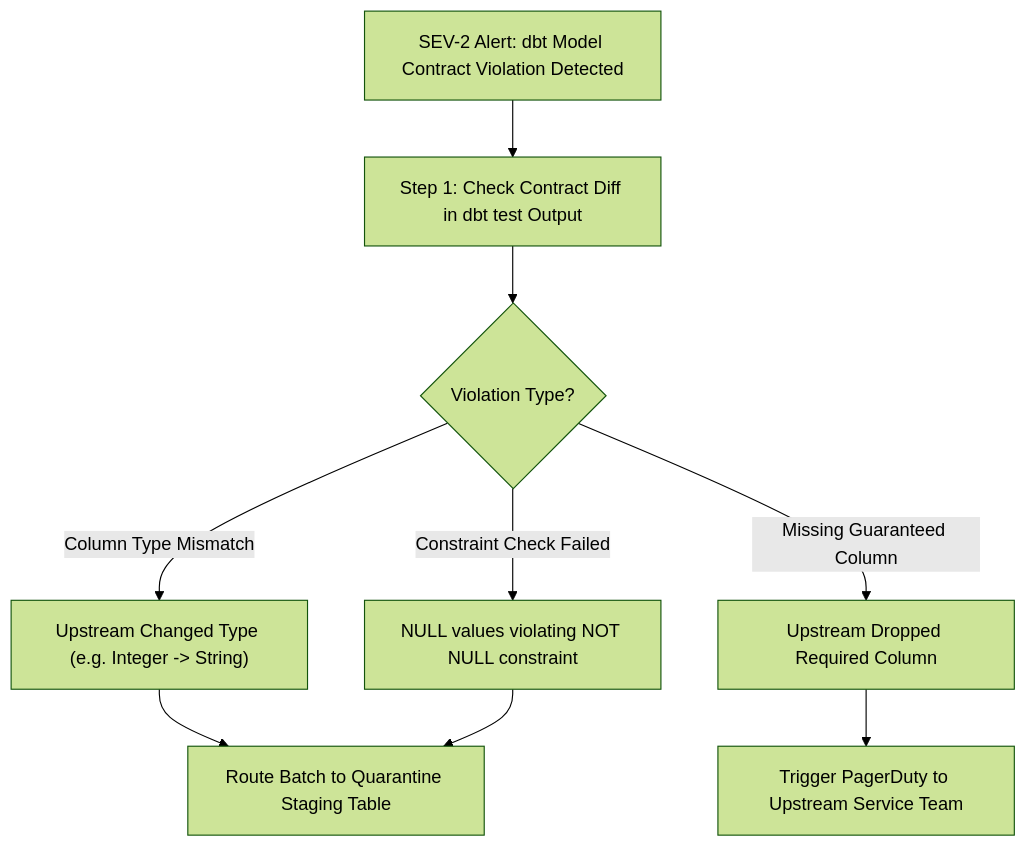
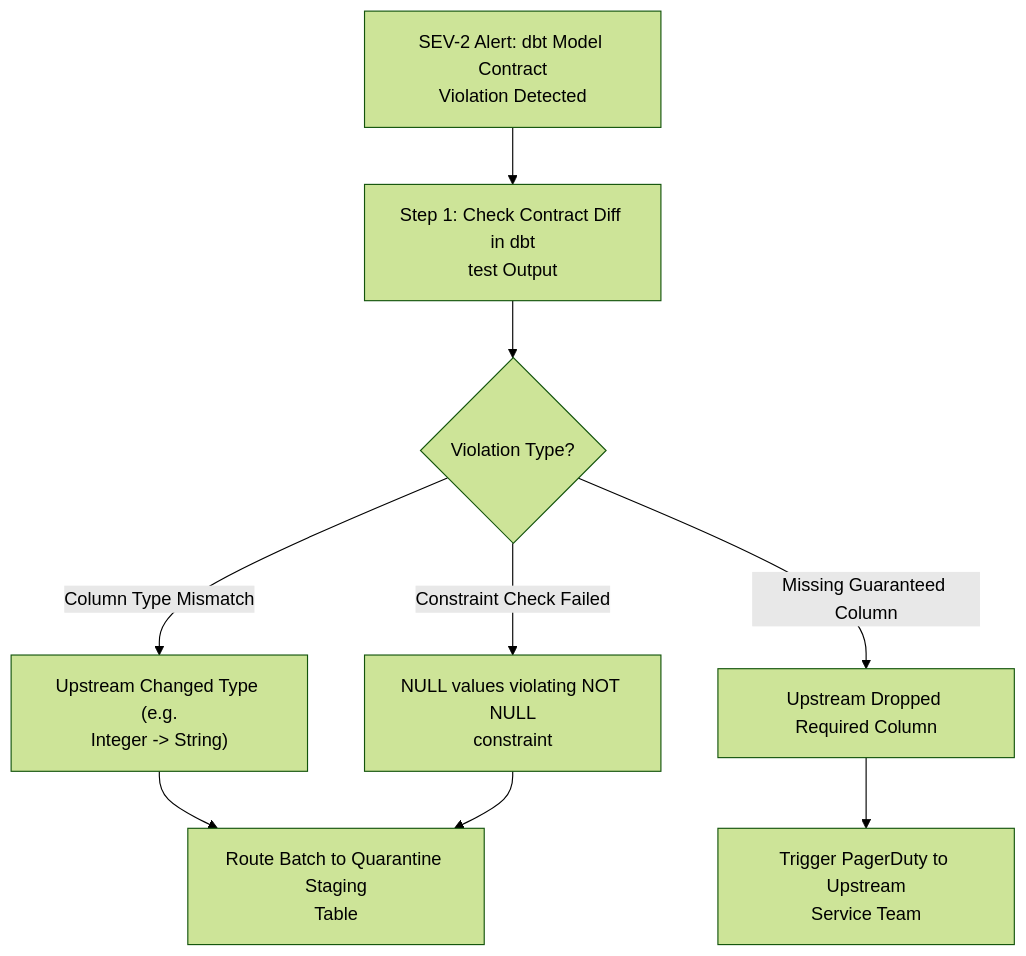
The diagram in runbooks/05_data_contract_breaking_change_quarantine.md (santoshjammi29/dbt-handbook), drawn with Mermaid (forest theme) before and after one commit. The commit also changed 11 other files, not shown here.

Commit message:
fix(diagrams): word-wrap labels and escape comparison operators across all diagrams

````diff
--- a/runbooks/05_data_contract_breaking_change_quarantine.md
+++ b/runbooks/05_data_contract_breaking_change_quarantine.md
@@ -12,13 +12,13 @@
 ```mermaid
 flowchart TD
-    Alert["SEV-2 Alert: dbt Model Contract Violation Detected"] --> CheckContract["Step 1: Check Contract Diff in dbt test Output"]
+    Alert["SEV-2 Alert: dbt Model Contract<br/>Violation Detected"] --> CheckContract["Step 1: Check Contract Diff in dbt<br/>test Output"]
     CheckContract --> ViolationType{"Violation Type?"}
 
-    ViolationType -->|"Column Type Mismatch"| CastError["Upstream Changed Type (e.g. Integer -> String)"]
+    ViolationType -->|"Column Type Mismatch"| CastError["Upstream Changed Type (e.g.<br/>Integer -> String)"]
     ViolationType -->|"Missing Guaranteed Column"| DropError["Upstream Dropped Required Column"]
-    ViolationType -->|"Constraint Check Failed"| NotNullError["NULL values violating NOT NULL constraint"]
+    ViolationType -->|"Constraint Check Failed"| NotNullError["NULL values violating NOT NULL<br/>constraint"]
 
-    CastError --> QuarantineRoute["Route Batch to Quarantine Staging Table"]
-    DropError --> AlertProducer["Trigger PagerDuty to Upstream Service Team"]
+    CastError --> QuarantineRoute["Route Batch to Quarantine Staging<br/>Table"]
+    DropError --> AlertProducer["Trigger PagerDuty to Upstream<br/>Service Team"]
     NotNullError --> QuarantineRoute
 ```
````
